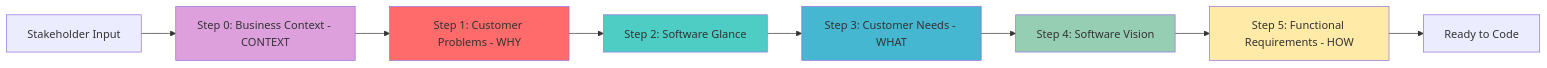
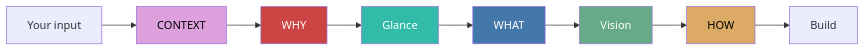
One commit to RafaelGorski/Problem-Based-SRS changed the diagram in README.md. Above: the diagram before and after it, drawn with Mermaid. The commit also changed other lines of this file and 90 other files, not shown here.

````diff
--- a/README.md
+++ b/README.md
@@ -150,17 +27,17 @@
 ```mermaid
 graph LR
-    A[Stakeholder Input] --> B0[Step 0: Business Context - CONTEXT]
-    B0 --> B[Step 1: Customer Problems - WHY]
-    B --> C[Step 2: Software Glance]
-    C --> D[Step 3: Customer Needs - WHAT]
-    D --> E[Step 4: Software Vision]
-    E --> F[Step 5: Functional Requirements - HOW]
-    F --> G[Ready to Code]
+    A[Your input] --> B0[CONTEXT]
+    B0 --> B[WHY]
+    B --> C[Glance]
+    C --> D[WHAT]
+    D --> E[Vision]
+    E --> F[HOW]
+    F --> G[Build]
 
-    style B0 fill:#dda0dd
-    style B fill:#ff6b6b
-    style C fill:#4ecdc4
-    style D fill:#45b7d1
-    style E fill:#96ceb4
-    style F fill:#ffeaa7
+    style B0 fill:#dda0dd,color:#000
+    style B fill:#c44,color:#fff
+    style C fill:#3ba,color:#fff
+    style D fill:#47a,color:#fff
+    style E fill:#6a8,color:#fff
+    style F fill:#da6,color:#000
 ```
````
